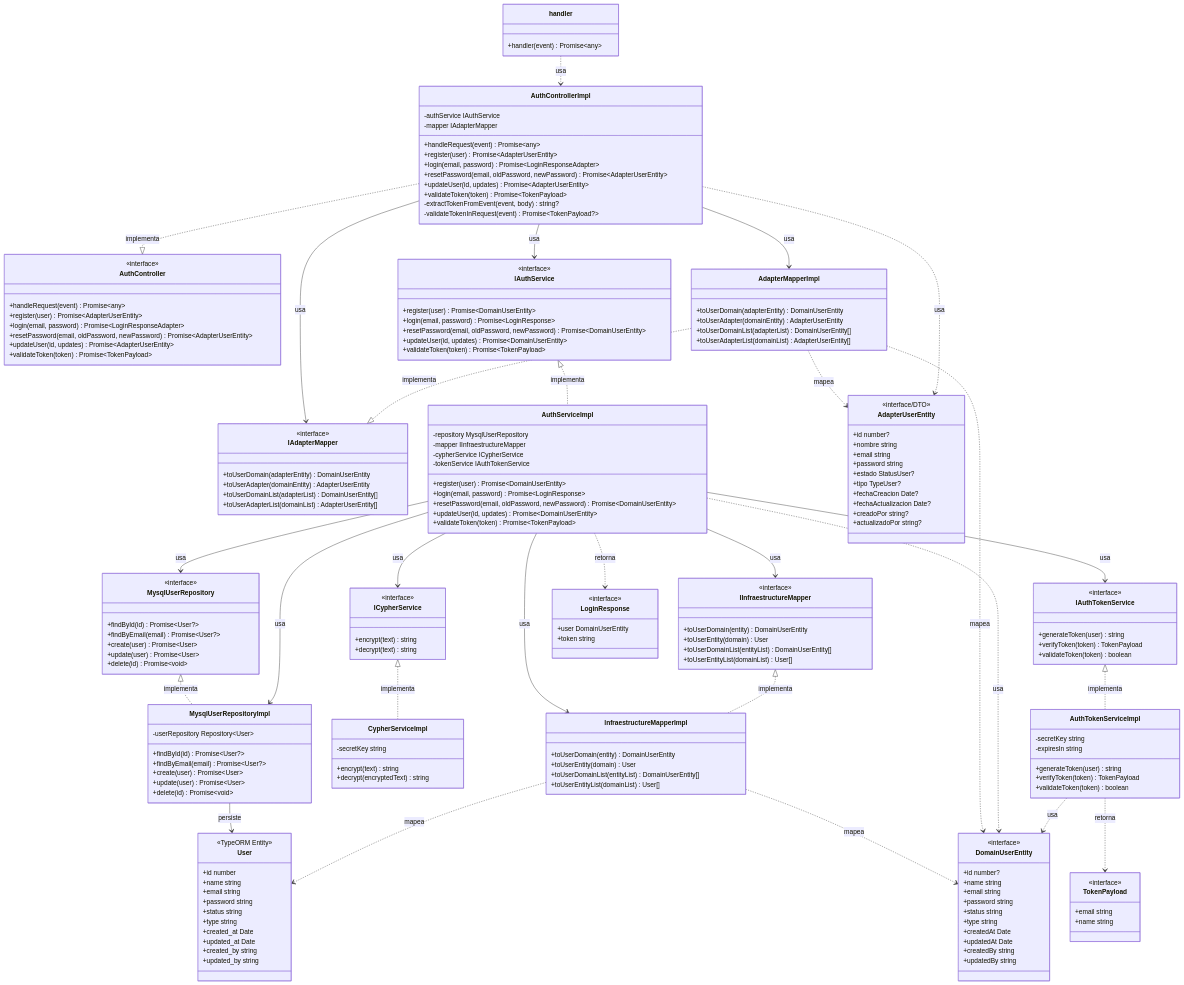
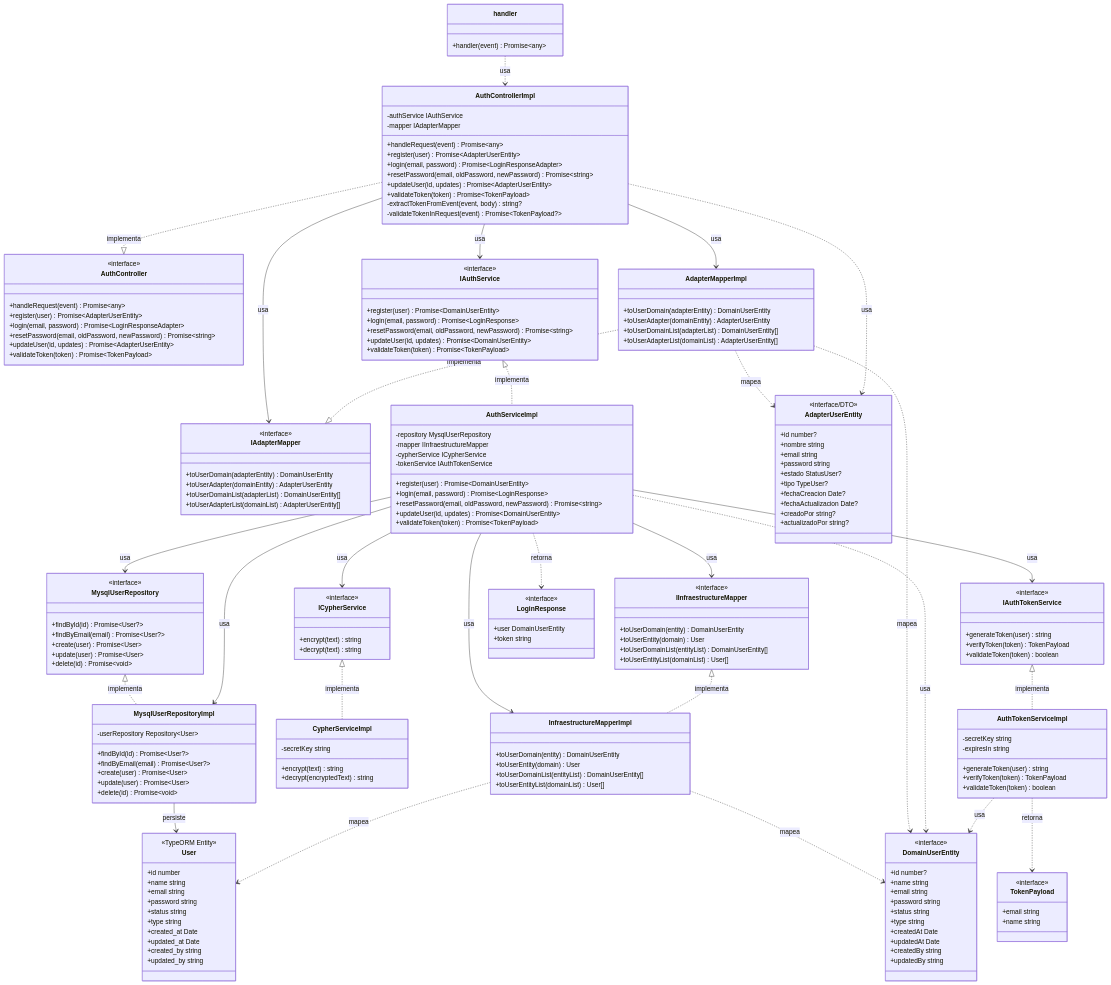
Before and after one commit to david-ortegac/ms_rapiserv_auth_lambdas: the diagram in docs/class-diagram.mmd, drawn with Mermaid. The commit also changed 5 other files, not shown here.

Commit message:
🚸 Change reponse from reset password

```diff
--- a/docs/class-diagram.mmd
+++ b/docs/class-diagram.mmd
@@ -13,7 +13,7 @@
         +handleRequest(event) Promise~any~
         +register(user) Promise~AdapterUserEntity~
         +login(email, password) Promise~LoginResponseAdapter~
-        +resetPassword(email, oldPassword, newPassword) Promise~AdapterUserEntity~
+        +resetPassword(email, oldPassword, newPassword) Promise~string~
         +updateUser(id, updates) Promise~AdapterUserEntity~
         +validateToken(token) Promise~TokenPayload~
     }
@@ -33,7 +33,7 @@
         +handleRequest(event) Promise~any~
         +register(user) Promise~AdapterUserEntity~
         +login(email, password) Promise~LoginResponseAdapter~
-        +resetPassword(email, oldPassword, newPassword) Promise~AdapterUserEntity~
+        +resetPassword(email, oldPassword, newPassword) Promise~string~
         +updateUser(id, updates) Promise~AdapterUserEntity~
         +validateToken(token) Promise~TokenPayload~
         -extractTokenFromEvent(event, body) string?
@@ -52,7 +52,7 @@
         <<interface>>
         +register(user) Promise~DomainUserEntity~
         +login(email, password) Promise~LoginResponse~
-        +resetPassword(email, oldPassword, newPassword) Promise~DomainUserEntity~
+        +resetPassword(email, oldPassword, newPassword) Promise~string~
         +updateUser(id, updates) Promise~DomainUserEntity~
         +validateToken(token) Promise~TokenPayload~
     }
@@ -78,7 +78,7 @@
         -tokenService IAuthTokenService
         +register(user) Promise~DomainUserEntity~
         +login(email, password) Promise~LoginResponse~
-        +resetPassword(email, oldPassword, newPassword) Promise~DomainUserEntity~
+        +resetPassword(email, oldPassword, newPassword) Promise~string~
         +updateUser(id, updates) Promise~DomainUserEntity~
         +validateToken(token) Promise~TokenPayload~
     }
```
